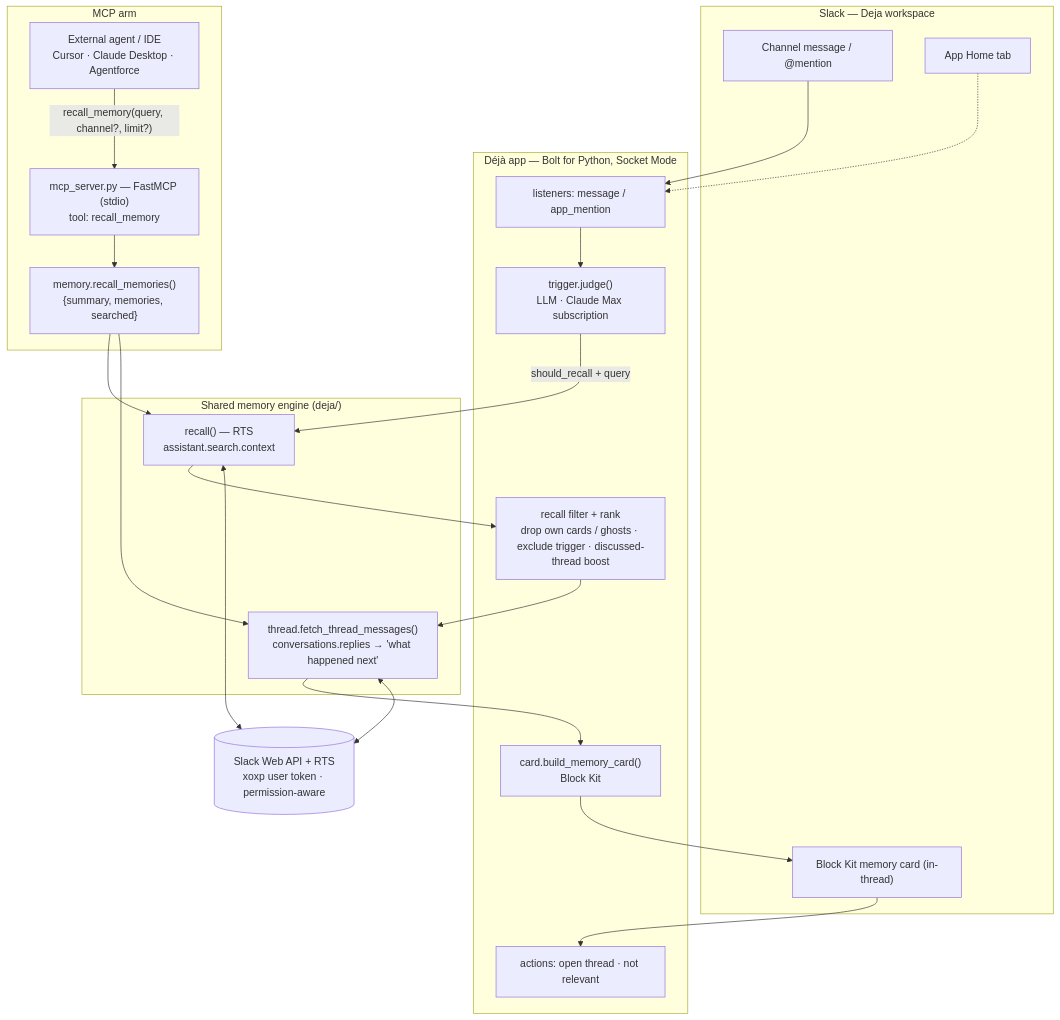
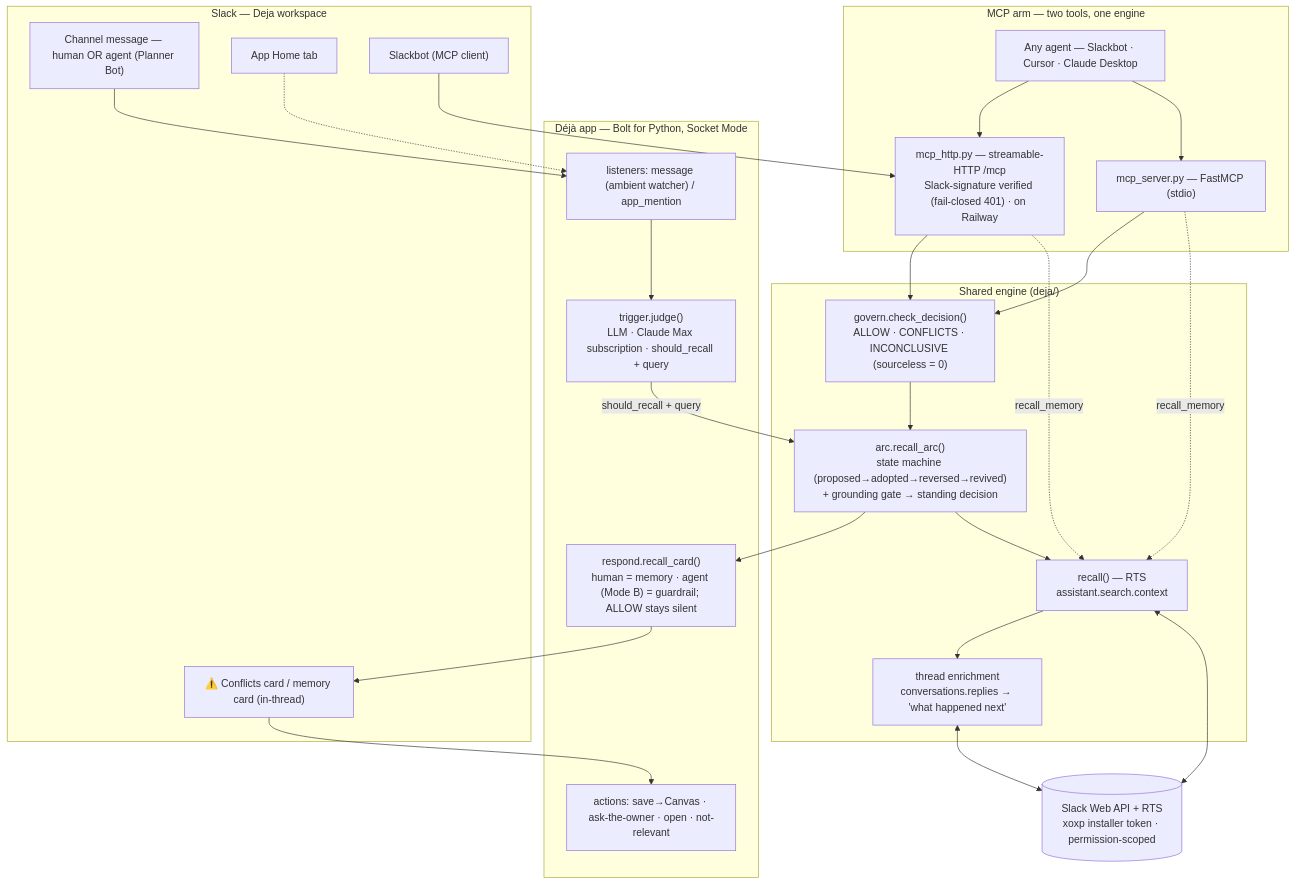
Before and after one commit to bogacsmz/deja: the diagram in docs/architecture.md, drawn with Mermaid. The commit also changed other lines of this file and 9 other files, not shown here.

````diff
--- a/docs/architecture.md
+++ b/docs/architecture.md
@@ -10,40 +12,48 @@
 ```mermaid
 flowchart TD
     subgraph SLACK["Slack — Deja workspace"]
-        MSG["Channel message / @mention"]
-        CARD["Block Kit memory card (in-thread)"]
+        MSG["Channel message — human OR agent (Planner Bot)"]
+        CARD["⚠️ Conflicts card / memory card (in-thread)"]
         HOME["App Home tab"]
+        SB["Slackbot (MCP client)"]
     end
 
     subgraph APP["Déjà app — Bolt for Python, Socket Mode"]
-        LIS["listeners: message / app_mention"]
-        JUDGE["trigger.judge()<br/>LLM · Claude Max subscription"]
-        RANK["recall filter + rank<br/>drop own cards / ghosts · exclude trigger · discussed-thread boost"]
-        BUILD["card.build_memory_card()<br/>Block Kit"]
-        ACT["actions: open thread · not relevant"]
+        LIS["listeners: message (ambient watcher) / app_mention"]
+        JUDGE["trigger.judge()<br/>LLM · Claude Max subscription · should_recall + query"]
+        RESP["respond.recall_card()<br/>human = memory · agent (Mode B) = guardrail; ALLOW stays silent"]
+        ACT["actions: save→Canvas · ask-the-owner · open · not-relevant"]
     end
 
-    subgraph ENGINE["Shared memory engine (deja/)"]
+    subgraph ENGINE["Shared engine (deja/)"]
         RECALL["recall() — RTS<br/>assistant.search.context"]
-        ENRICH["thread.fetch_thread_messages()<br/>conversations.replies → 'what happened next'"]
+        ENRICH["thread enrichment<br/>conversations.replies → 'what happened next'"]
+        ARC["arc.recall_arc()<br/>state machine (proposed→adopted→reversed→revived)<br/>+ grounding gate → standing decision"]
+        GOV["govern.check_decision()<br/>ALLOW · CONFLICTS · INCONCLUSIVE (sourceless = 0)"]
     end
 
-    subgraph MCPARM["MCP arm"]
-        EXT["External agent / IDE<br/>Cursor · Claude Desktop · Agentforce"]
-        SRV["mcp_server.py — FastMCP (stdio)<br/>tool: recall_memory"]
-        MEM["memory.recall_memories()<br/>{summary, memories, searched}"]
+    subgraph MCPARM["MCP arm — two tools, one engine"]
+        STDIO["mcp_server.py — FastMCP (stdio)"]
+        HTTP["mcp_http.py — streamable-HTTP /mcp<br/>Slack-signature verified (fail-closed 401) · on Railway"]
+        AGENTS["Any agent — Slackbot · Cursor · Claude Desktop"]
     end
 
-    API[("Slack Web API + RTS<br/>xoxp user token · permission-aware")]
+    API[("Slack Web API + RTS<br/>xoxp installer token · permission-scoped")]
 
-    MSG --> LIS --> JUDGE -->|"should_recall + query"| RECALL
-    RECALL --> RANK --> ENRICH --> BUILD --> CARD --> ACT
+    MSG --> LIS --> JUDGE -->|"should_recall + query"| ARC
+    ARC --> RESP --> CARD --> ACT
     HOME -.-> LIS
+    ARC --> RECALL --> ENRICH
 
-    EXT -->|"recall_memory(query, channel?, limit?)"| SRV --> MEM
-    MEM --> RECALL
-    MEM --> ENRICH
+    SB --> HTTP
+    AGENTS --> HTTP
+    AGENTS --> STDIO
+    STDIO --> GOV
+    HTTP --> GOV
+    STDIO -.recall_memory.-> RECALL
+    HTTP -.recall_memory.-> RECALL
+    GOV --> ARC
 
     RECALL <--> API
     ENRICH <--> API
 ```
````
